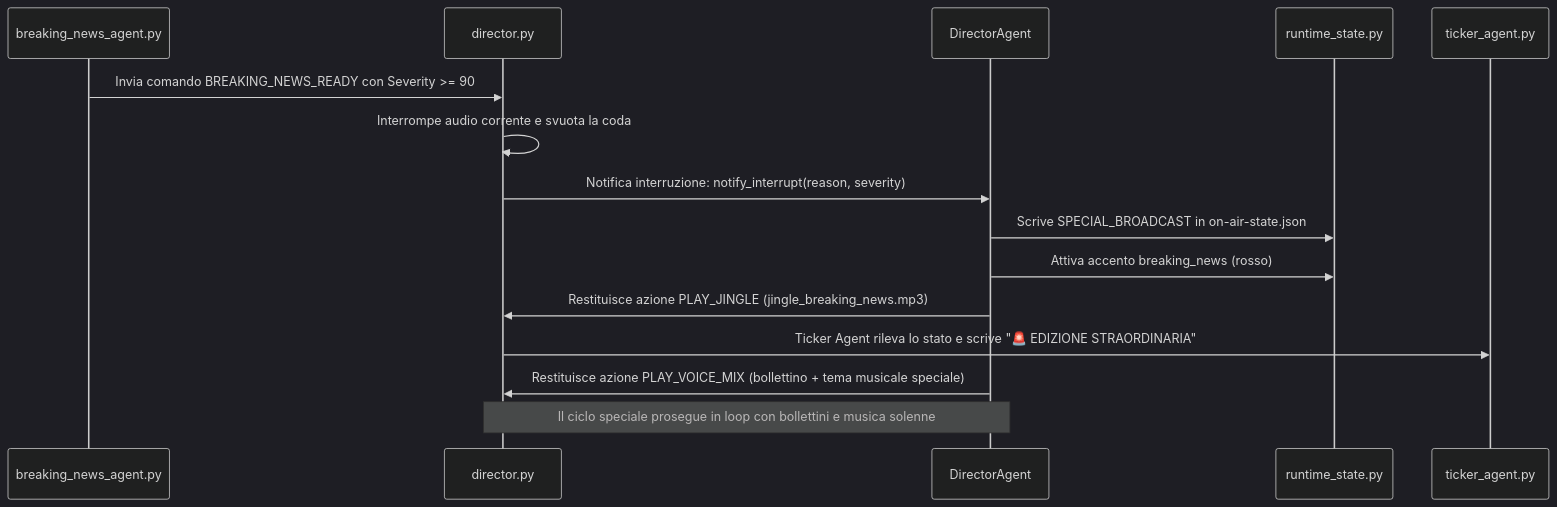
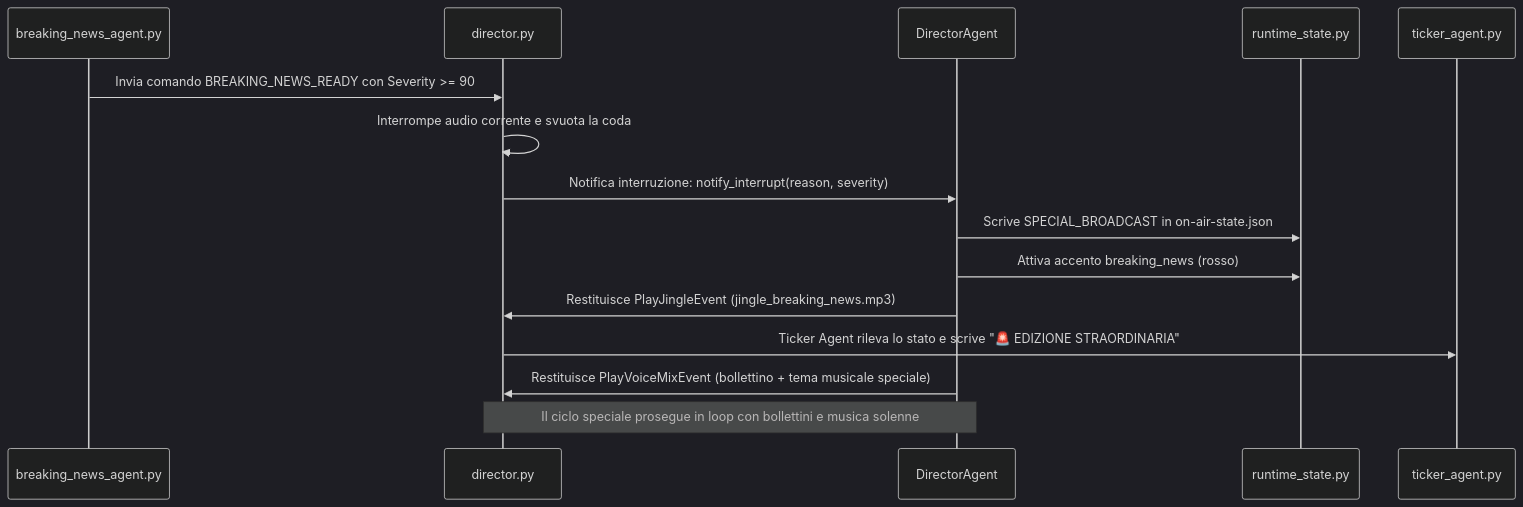
The second of 2 diagrams in docs/22_director_agent_and_special_broadcast_guide.md (gfiore88/newsica_tv), drawn with Mermaid (dark theme) before and after one commit. The commit also changed other lines of this file and 15 other files, not shown here.

````diff
--- a/docs/22_director_agent_and_special_broadcast_guide.md
+++ b/docs/22_director_agent_and_special_broadcast_guide.md
@@ -68,18 +77,18 @@
 ```mermaid
 sequenceDiagram
     participant BNA as breaking_news_agent.py
     participant D as director.py
     participant DA as DirectorAgent
     participant RS as runtime_state.py
     participant TA as ticker_agent.py
 
     BNA->>D: Invia comando BREAKING_NEWS_READY con Severity >= 90
     D->>D: Interrompe audio corrente e svuota la coda
     D->>DA: Notifica interruzione: notify_interrupt(reason, severity)
     DA->>RS: Scrive SPECIAL_BROADCAST in on-air-state.json
     DA->>RS: Attiva accento breaking_news (rosso)
-    DA->>D: Restituisce azione PLAY_JINGLE (jingle_breaking_news.mp3)
+    DA->>D: Restituisce PlayJingleEvent (jingle_breaking_news.mp3)
     D->>TA: Ticker Agent rileva lo stato e scrive "🚨 EDIZIONE STRAORDINARIA"
-    DA->>D: Restituisce azione PLAY_VOICE_MIX (bollettino + tema musicale speciale)
+    DA->>D: Restituisce PlayVoiceMixEvent (bollettino + tema musicale speciale)
     Note over DA, D: Il ciclo speciale prosegue in loop con bollettini e musica solenne
 ```
````
